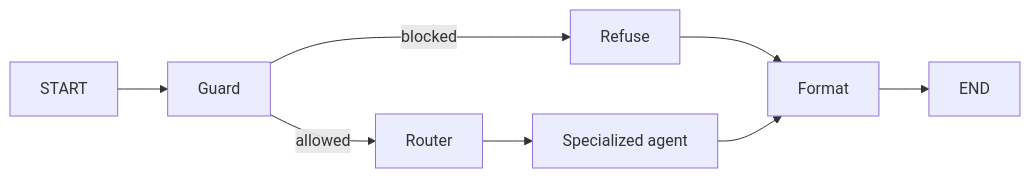
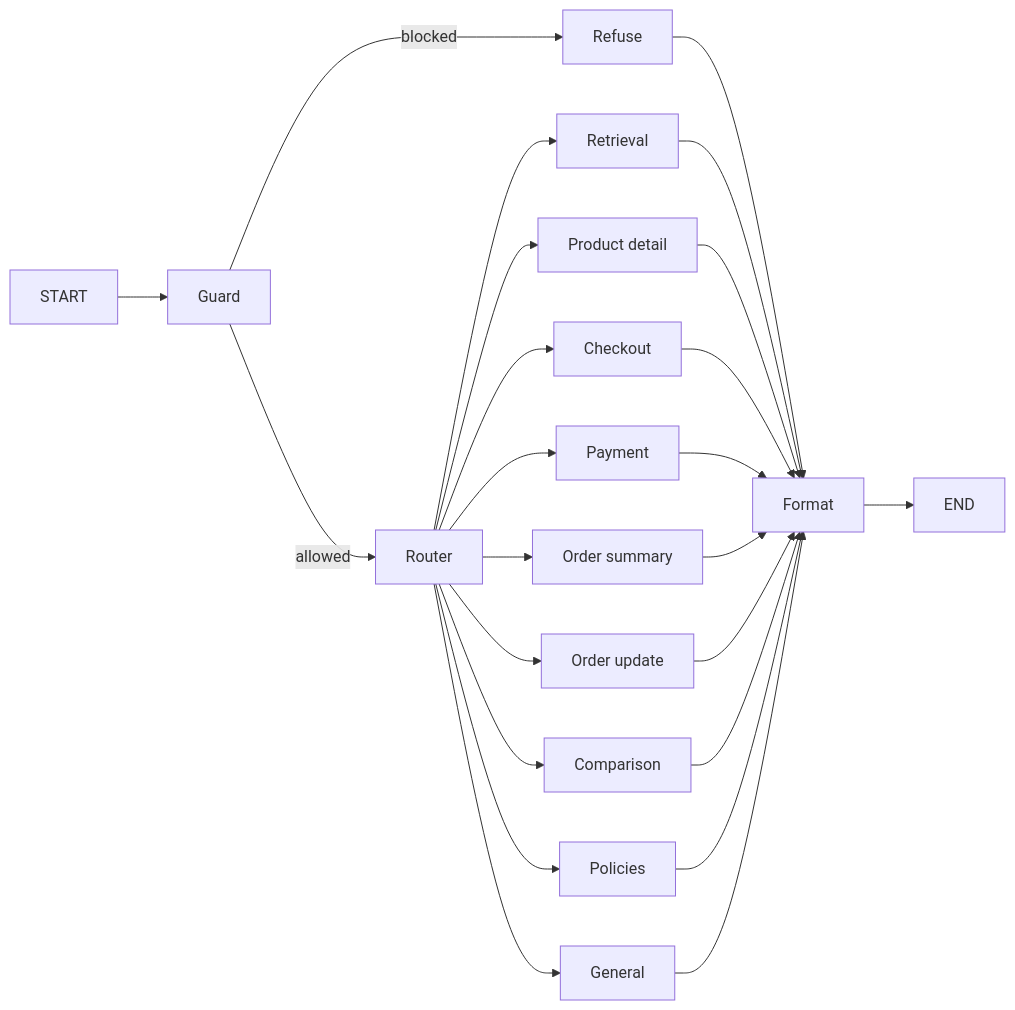
Before and after one commit to VvSdC/ShopAI: the third of 5 diagrams in docs/README.md, drawn with Mermaid. The commit also changed other lines of this file and 42 other files, not shown here.

````diff
--- a/docs/README.md
+++ b/docs/README.md
@@ -105,10 +127,25 @@
 ```mermaid
 flowchart LR
   START --> Guard
-  Guard -->|blocked| Refuse
+  Guard -->|blocked| Refuse --> Format
   Guard -->|allowed| Router
-  Router --> Agent[Specialized agent]
-  Refuse --> Format
-  Agent --> Format
+  Router --> Retrieval
+  Router --> ProductDetail[Product detail]
+  Router --> Checkout
+  Router --> Payment
+  Router --> OrderSummary[Order summary]
+  Router --> OrderUpdate[Order update]
+  Router --> Comparison
+  Router --> Policies
+  Router --> General
+  Retrieval --> Format
+  ProductDetail --> Format
+  Checkout --> Format
+  Payment --> Format
+  OrderSummary --> Format
+  OrderUpdate --> Format
+  Comparison --> Format
+  Policies --> Format
+  General --> Format
   Format --> END
 ```
````
